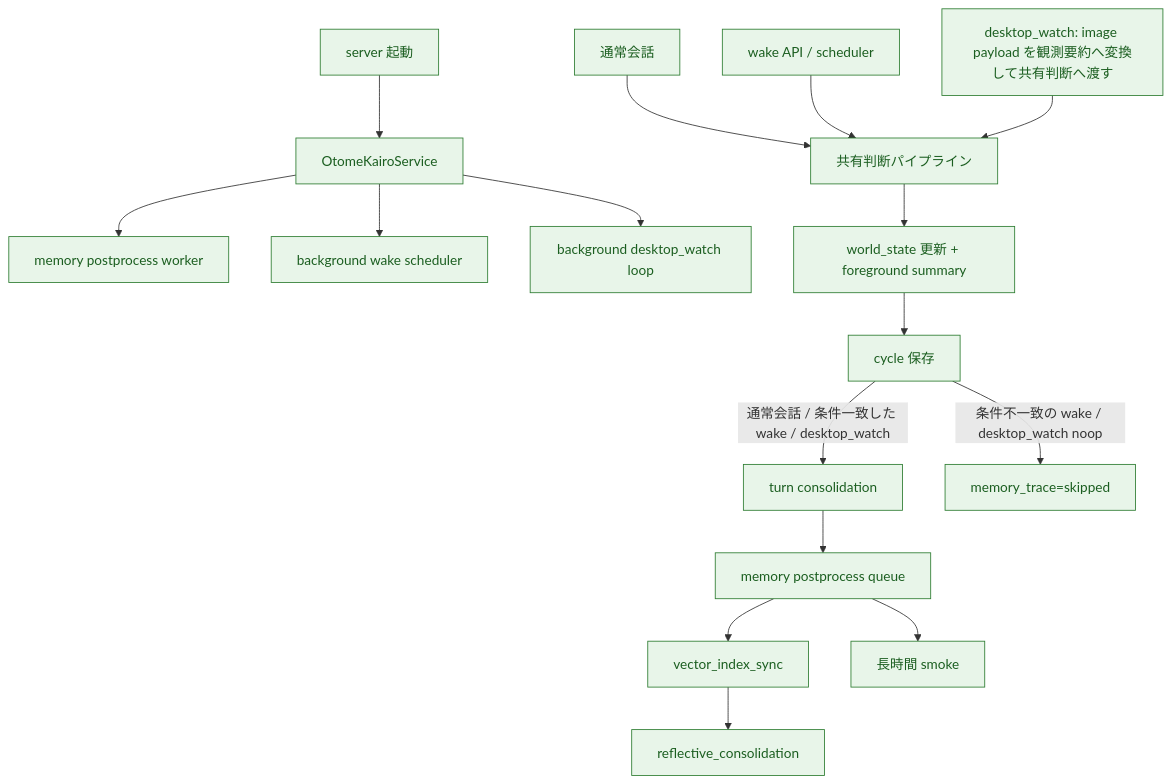
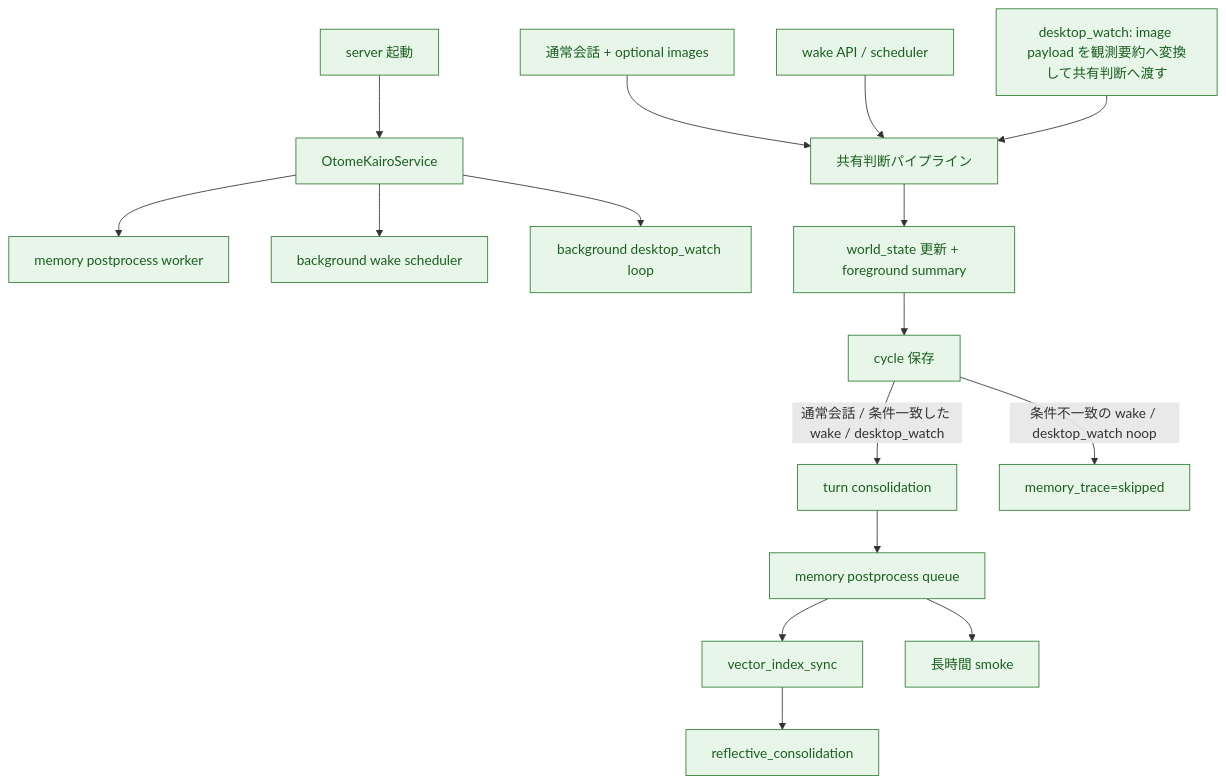
The third of 4 diagrams in docs/plan/02_現行処理フロー.md (hirona98/OtomeKairo), drawn with Mermaid before and after one commit. The commit also changed other lines of this file and 7 other files, not shown here.

````diff
--- a/docs/plan/02_現行処理フロー.md
+++ b/docs/plan/02_現行処理フロー.md
@@ -133,24 +133,24 @@
 ```mermaid
 flowchart TD
     Start["server 起動"] --> Service["OtomeKairoService"]
     Service --> Worker["memory postprocess worker"]
     Service --> WakeLoop["background wake scheduler"]
     Service --> WatchLoop["background desktop_watch loop"]
 
-    User["通常会話"] --> Shared["共有判断パイプライン"]
+    User["通常会話 + optional images"] --> Shared["共有判断パイプライン"]
     Wake["wake API / scheduler"] --> Shared
     WatchCtx["desktop_watch: image payload を観測要約へ変換して共有判断へ渡す"] --> Shared
     Shared --> WorldStateNow["world_state 更新 + foreground summary"]
     WorldStateNow --> Persist["cycle 保存"]
     Persist -->|通常会話 / 条件一致した wake / desktop_watch| Turn["turn consolidation"]
     Persist -->|条件不一致の wake / desktop_watch noop| Skip["memory_trace=skipped"]
     Turn --> Queue["memory postprocess queue"]
     Queue --> Vec["vector_index_sync"]
     Vec --> Reflect["reflective_consolidation"]
     Queue --> Smoke["長時間 smoke"]
 
     classDef done fill:#e8f5e9,stroke:#2e7d32,color:#1b5e20;
 
     class Start,Service,Worker,WakeLoop,WatchLoop,User,Wake,WatchCtx,Shared,WorldStateNow,Persist,Turn,Skip,Queue,Vec,Reflect done;
     class Smoke done;
 ```
````
